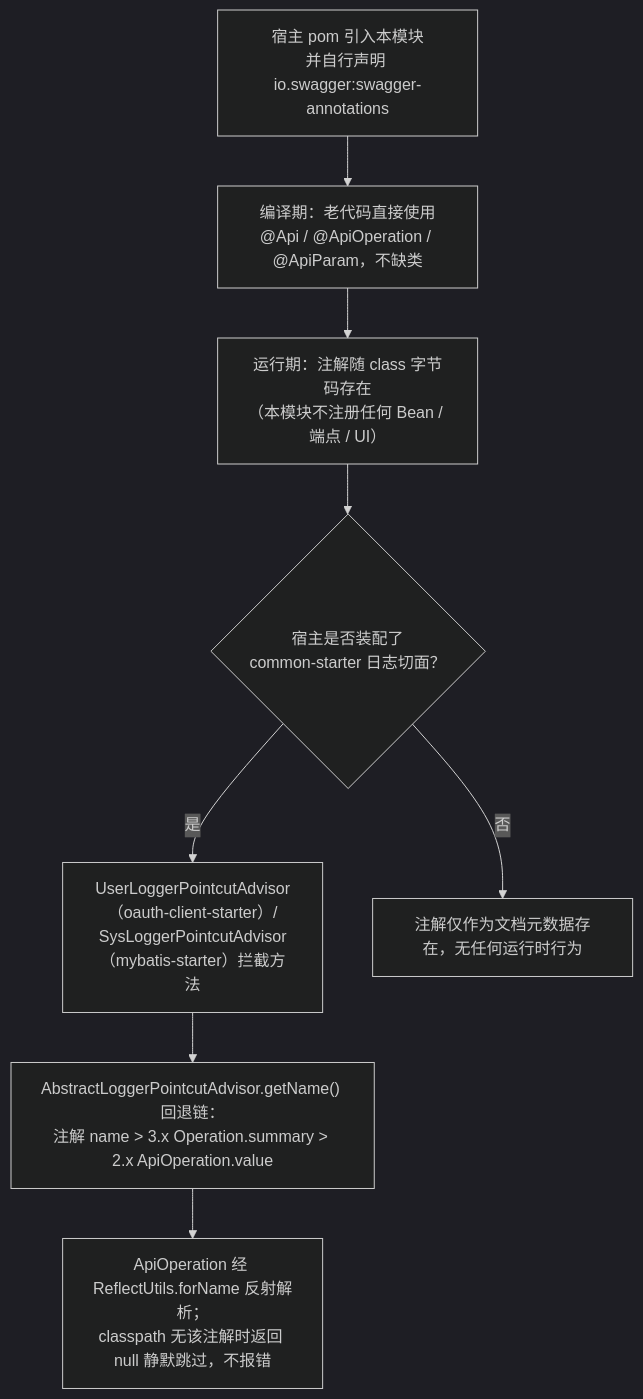
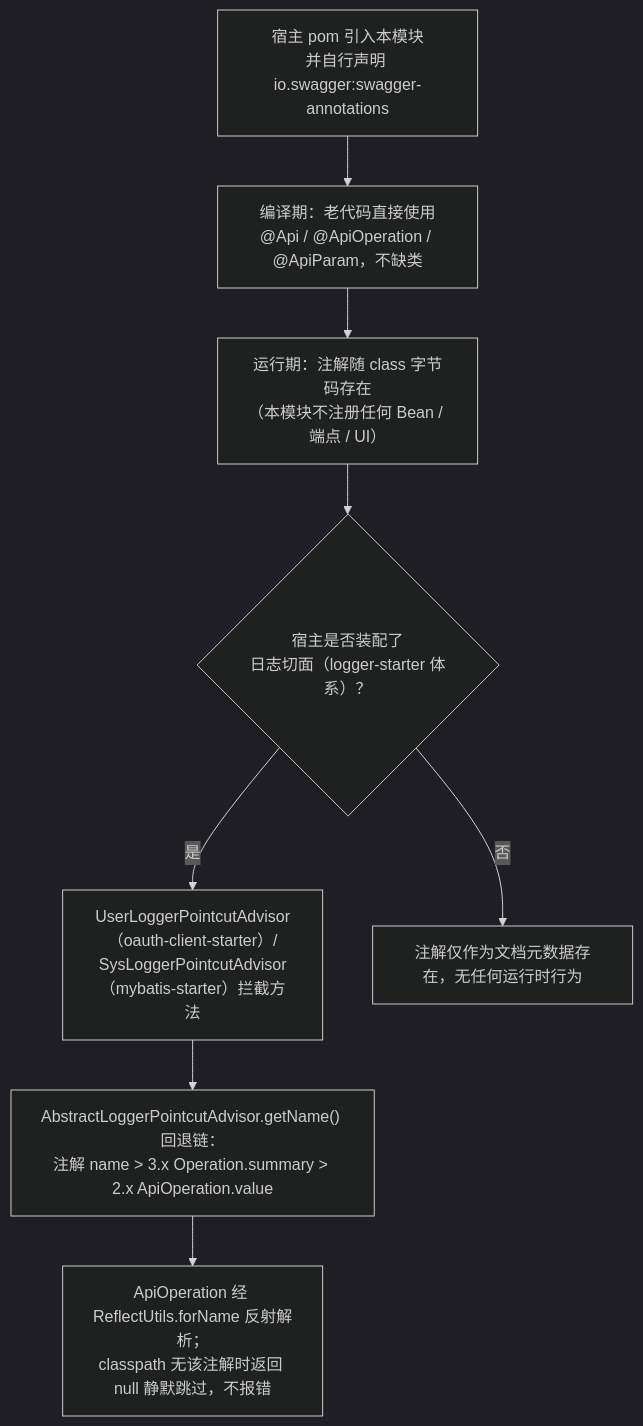
One commit to CHTK001/spring-support-parent-starter changed the second of 2 diagrams in spring-support-swagger2-starter/README.md. Above: the diagram before and after it, drawn with Mermaid (dark theme). The commit also changed other lines of this file and 146 other files, not shown here.

````diff
--- a/spring-support-swagger2-starter/README.md
+++ b/spring-support-swagger2-starter/README.md
@@ -55,10 +55,10 @@
 ```mermaid
 flowchart TB
     A["宿主 pom 引入本模块<br/>并自行声明 io.swagger:swagger-annotations"] --> B["编译期：老代码直接使用<br/>@Api / @ApiOperation / @ApiParam，不缺类"]
     B --> C["运行期：注解随 class 字节码存在<br/>（本模块不注册任何 Bean / 端点 / UI）"]
-    C --> D{"宿主是否装配了<br/>common-starter 日志切面？"}
+    C --> D{"宿主是否装配了<br/>日志切面（logger-starter 体系）？"}
     D -->|是| E["UserLoggerPointcutAdvisor（oauth-client-starter）/<br/>SysLoggerPointcutAdvisor（mybatis-starter）拦截方法"]
     E --> F["AbstractLoggerPointcutAdvisor.getName() 回退链：<br/>注解 name > 3.x Operation.summary > 2.x ApiOperation.value"]
     F --> G["ApiOperation 经 ReflectUtils.forName 反射解析；<br/>classpath 无该注解时返回 null 静默跳过，不报错"]
     D -->|否| H["注解仅作为文档元数据存在，无任何运行时行为"]
 ```
````
